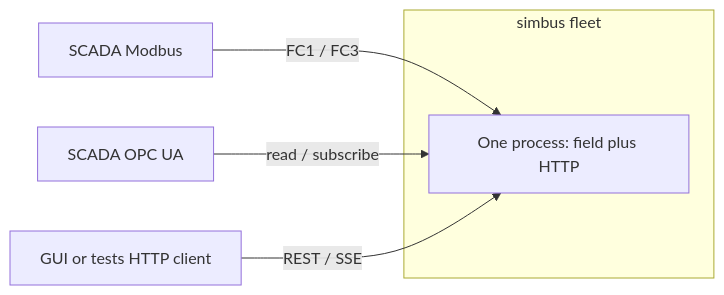
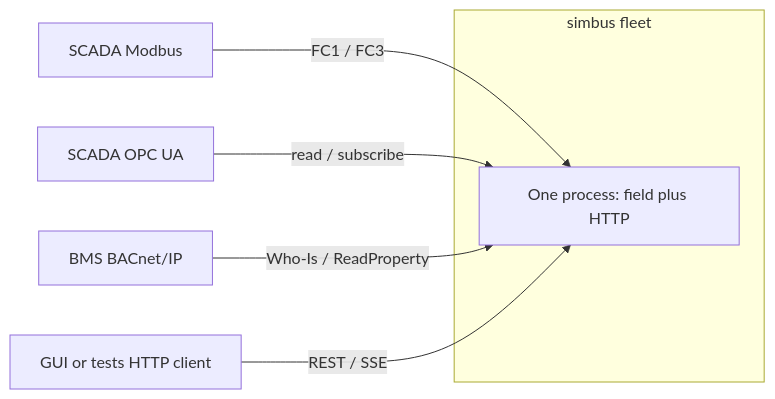
Before and after one commit to obsidia-systems/simbus: the first of 5 diagrams in README.md, drawn with Mermaid. The commit also changed other lines of this file and 28 other files, not shown here.

````diff
--- a/README.md
+++ b/README.md
@@ -19,12 +19,14 @@
 ```mermaid
 flowchart LR
     subgraph fleet [simbus fleet]
         device[One process: field plus HTTP]
     end
     scadaMb[SCADA Modbus]
     scadaUa[SCADA OPC UA]
+    bms[BMS BACnet/IP]
     gui[GUI or tests HTTP client]
     scadaMb -->|FC1 / FC3| device
     scadaUa -->|read / subscribe| device
+    bms -->|Who-Is / ReadProperty| device
     gui -->|REST / SSE| device
 ```
````
